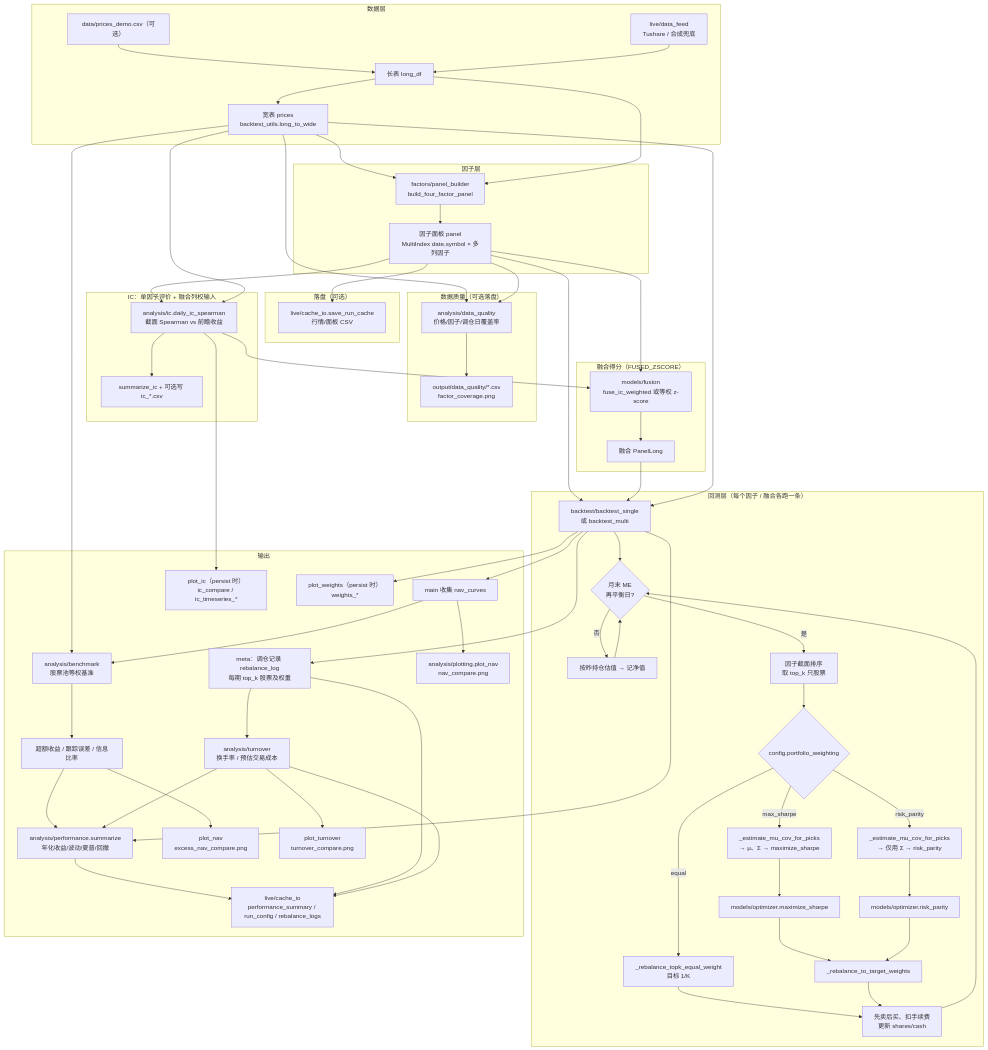
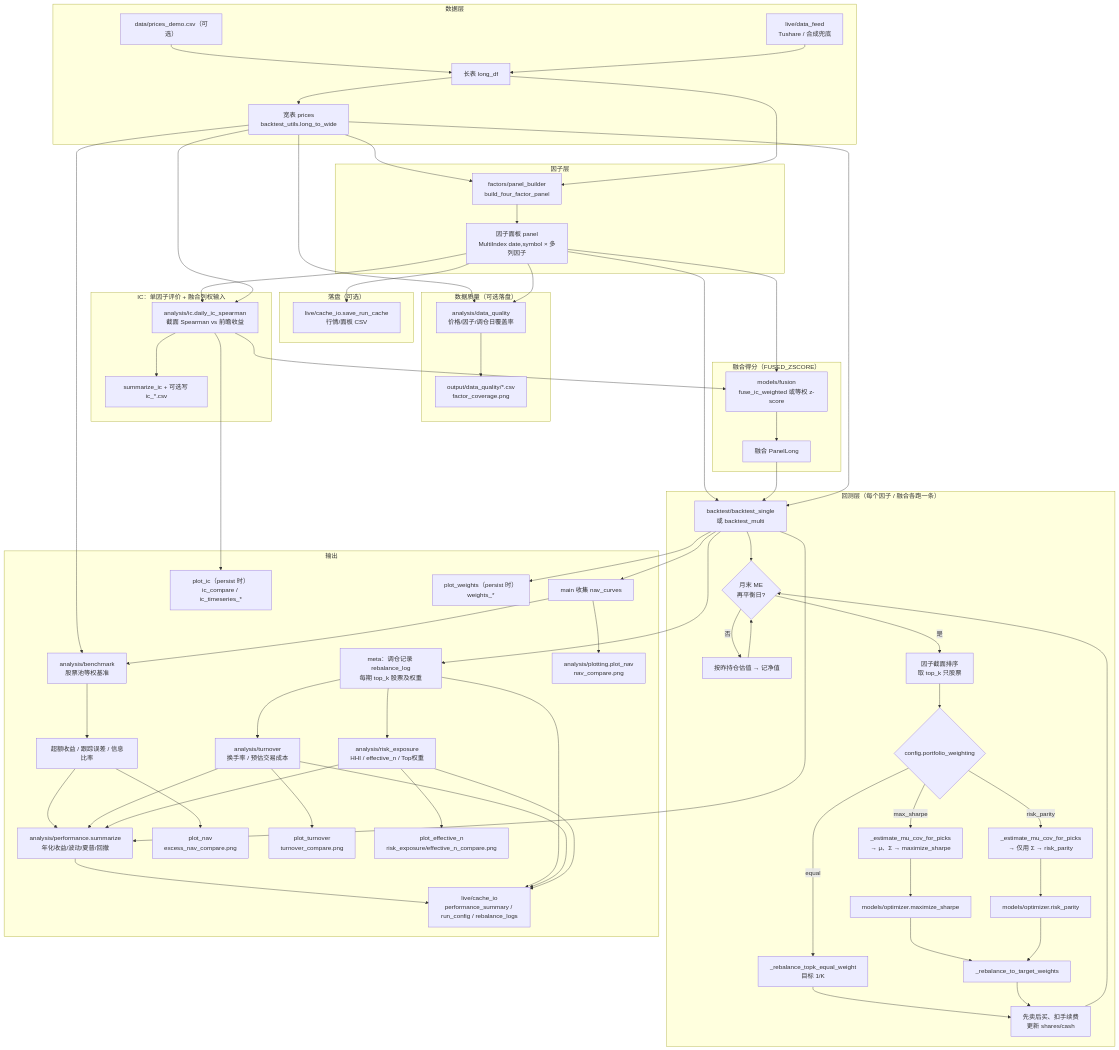
One commit to Mikowong0821/quant_strategy changed the diagram in docs/FLOW_AND_MODULES.md. Above: the diagram before and after it, drawn with Mermaid. The commit also changed other lines of this file and 20 other files, not shown here.

```diff
--- a/docs/FLOW_AND_MODULES.md
+++ b/docs/FLOW_AND_MODULES.md
@@ -74,13 +74,17 @@
         BT --> META["meta：调仓记录 rebalance_log<br/>每期 top_k 股票及权重"]
         META --> TO["analysis/turnover<br/>换手率 / 预估交易成本"]
         TO --> PERF
+        META --> RISK["analysis/risk_exposure<br/>HHI / effective_n / Top权重"]
+        RISK --> PERF
         PERF --> EXP["live/cache_io<br/>performance_summary / run_config / rebalance_logs"]
         META --> EXP
         TO --> EXP
+        RISK --> EXP
         BT --> NAVC["main 收集 nav_curves"]
         NAVC --> PLOT["analysis/plotting.plot_nav<br/>nav_compare.png"]
         EXCESS --> XPLOT["plot_nav<br/>excess_nav_compare.png"]
         TO --> TPLOT["plot_turnover<br/>turnover_compare.png"]
+        RISK --> RPLOT["plot_effective_n<br/>risk_exposure/effective_n_compare.png"]
         IC --> ICFIG["plot_ic（persist 时）<br/>ic_compare / ic_timeseries_*"]
         BT --> WFIG["plot_weights（persist 时）<br/>weights_*"]
     end
```
